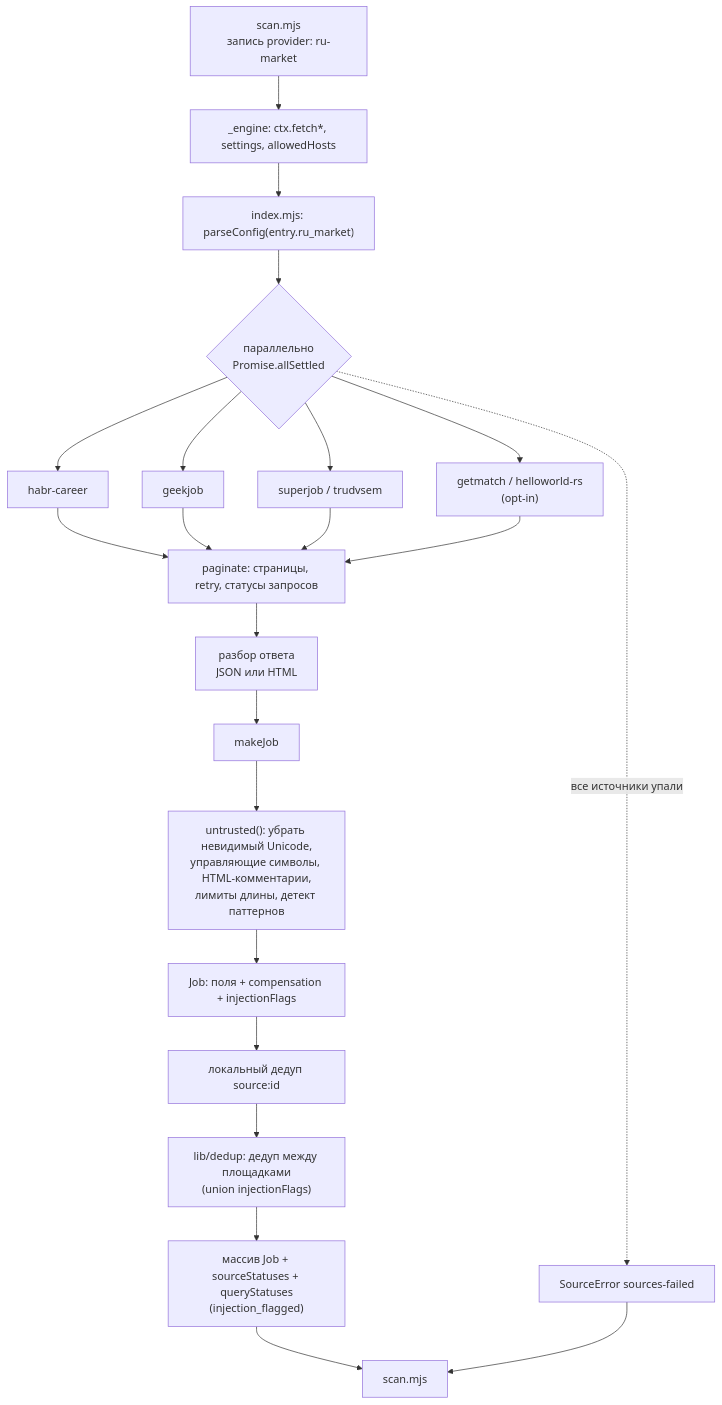
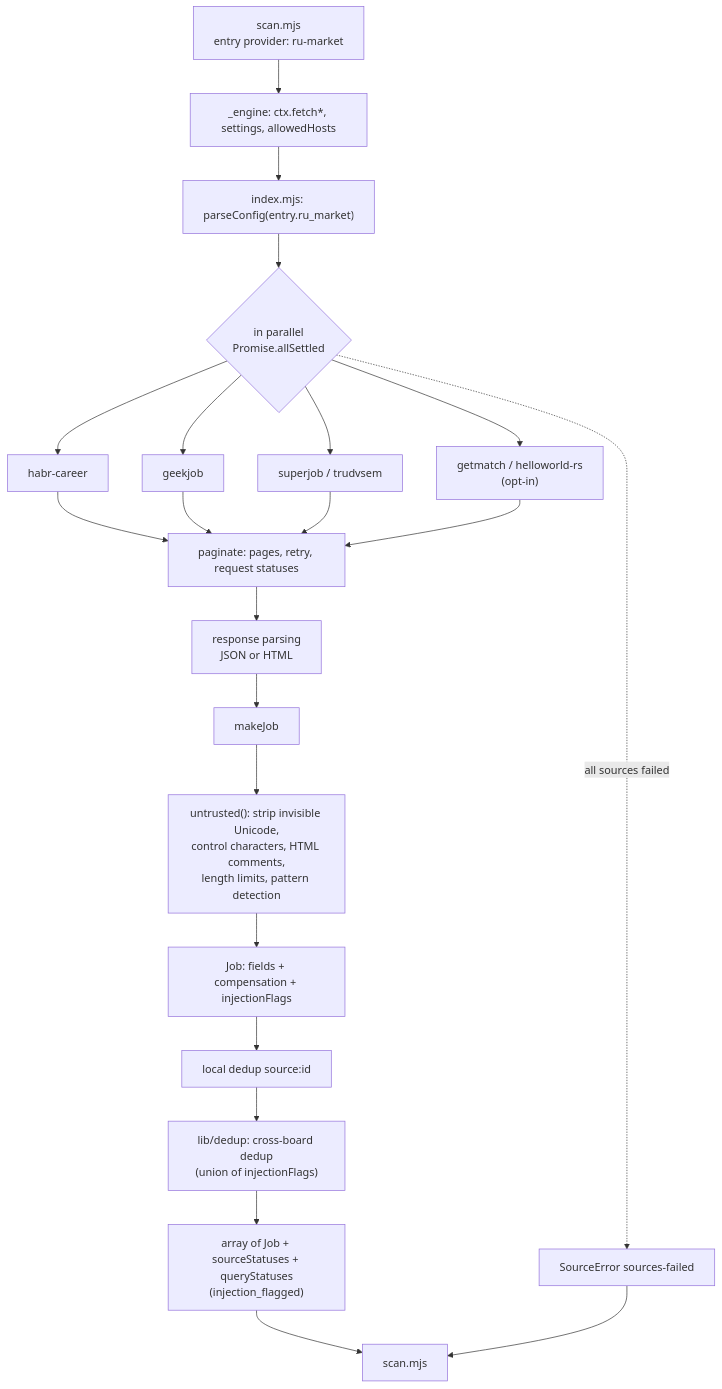
Before and after one commit to WindowGenerator/career-ops-plugin-ru-market: the first of 3 diagrams in docs/architecture/data-flow.md, drawn with Mermaid. The commit also changed other lines of this file and 14 other files, not shown here.

````diff
--- a/docs/architecture/data-flow.md
+++ b/docs/architecture/data-flow.md
@@ -9,21 +13,21 @@
 ```mermaid
 flowchart TD
-  A["scan.mjs<br/>запись provider: ru-market"] --> B["_engine: ctx.fetch*, settings, allowedHosts"]
+  A["scan.mjs<br/>entry provider: ru-market"] --> B["_engine: ctx.fetch*, settings, allowedHosts"]
   B --> C["index.mjs: parseConfig(entry.ru_market)"]
-  C --> D{"параллельно<br/>Promise.allSettled"}
+  C --> D{"in parallel<br/>Promise.allSettled"}
   D --> E1["habr-career"]
   D --> E2["geekjob"]
   D --> E3["superjob / trudvsem"]
   D --> E4["getmatch / helloworld-rs<br/>(opt-in)"]
-  E1 & E2 & E3 & E4 --> F["paginate: страницы, retry, статусы запросов"]
-  F --> G["разбор ответа<br/>JSON или HTML"]
+  E1 & E2 & E3 & E4 --> F["paginate: pages, retry, request statuses"]
+  F --> G["response parsing<br/>JSON or HTML"]
   G --> H["makeJob"]
-  H --> U["untrusted(): убрать невидимый Unicode,<br/>управляющие символы, HTML-комментарии,<br/>лимиты длины, детект паттернов"]
-  U --> H2["Job: поля + compensation + injectionFlags"]
-  H2 --> L["локальный дедуп source:id"]
-  L --> M["lib/dedup: дедуп между площадками<br/>(union injectionFlags)"]
-  M --> N["массив Job + sourceStatuses + queryStatuses<br/>(injection_flagged)"]
-  D -.->|"все источники упали"| X["SourceError sources-failed"]
+  H --> U["untrusted(): strip invisible Unicode,<br/>control characters, HTML comments,<br/>length limits, pattern detection"]
+  U --> H2["Job: fields + compensation + injectionFlags"]
+  H2 --> L["local dedup source:id"]
+  L --> M["lib/dedup: cross-board dedup<br/>(union of injectionFlags)"]
+  M --> N["array of Job + sourceStatuses + queryStatuses<br/>(injection_flagged)"]
+  D -.->|"all sources failed"| X["SourceError sources-failed"]
   N --> S["scan.mjs"]
   X --> S
 ```
````
